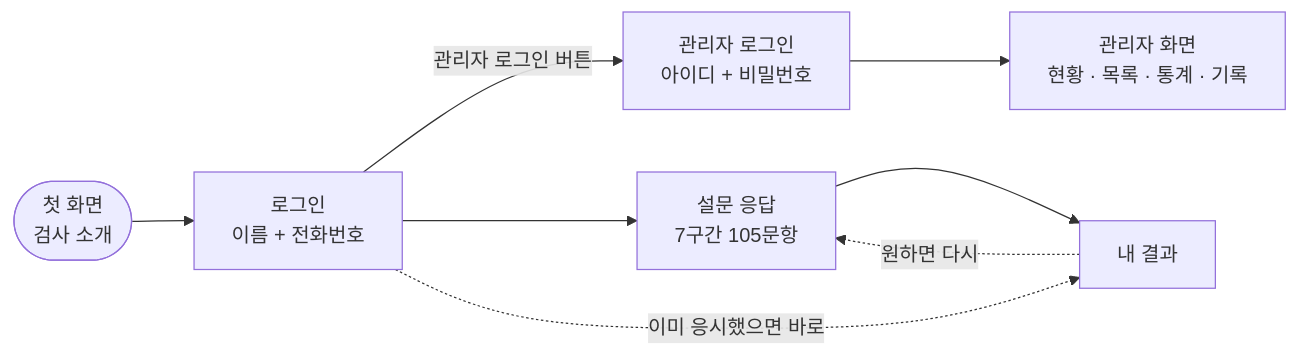
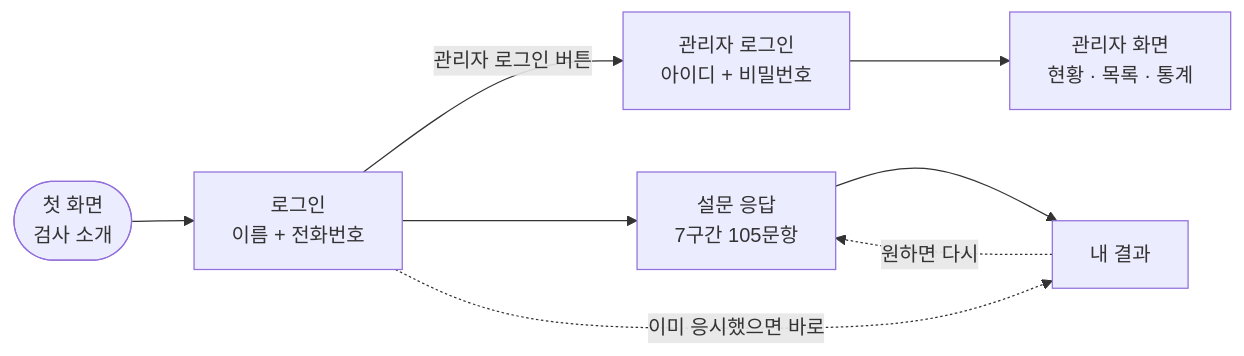
Before and after one commit to Kodol05/survey-design-docs: the first of 8 diagrams in docs/05_시스템_보고서_v2.md, drawn with Mermaid. The commit also changed other lines of this file, not shown here.

First line of the commit message:
v2 — 관리자 행위 기록 제거, 구성원 추가 제거, 관리자 로그인 조정

````diff
--- a/docs/05_시스템_보고서_v2.md
+++ b/docs/05_시스템_보고서_v2.md
@@ -21,12 +21,12 @@
 ```mermaid
 flowchart LR
   home(["첫 화면<br/>검사 소개"]) --> login["로그인<br/>이름 + 전화번호"]
   login -->|"관리자 로그인 버튼"| alogin["관리자 로그인<br/>아이디 + 비밀번호"]
 
   login --> test["설문 응답<br/>7구간 105문항"]
   test --> result["내 결과"]
   login -.->|"이미 응시했으면 바로"| result
   result -.->|"원하면 다시"| test
 
-  alogin --> admin["관리자 화면<br/>현황 · 목록 · 통계 · 기록"]
+  alogin --> admin["관리자 화면<br/>현황 · 목록 · 통계"]
 ```
````
